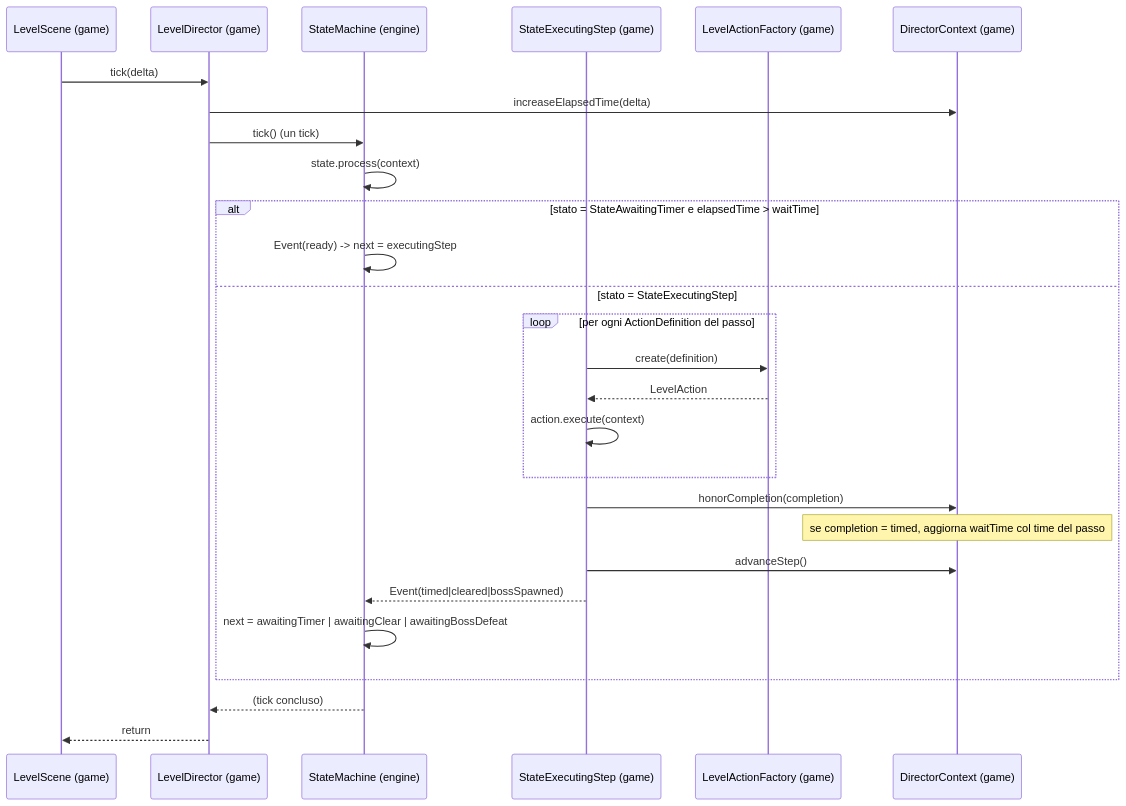
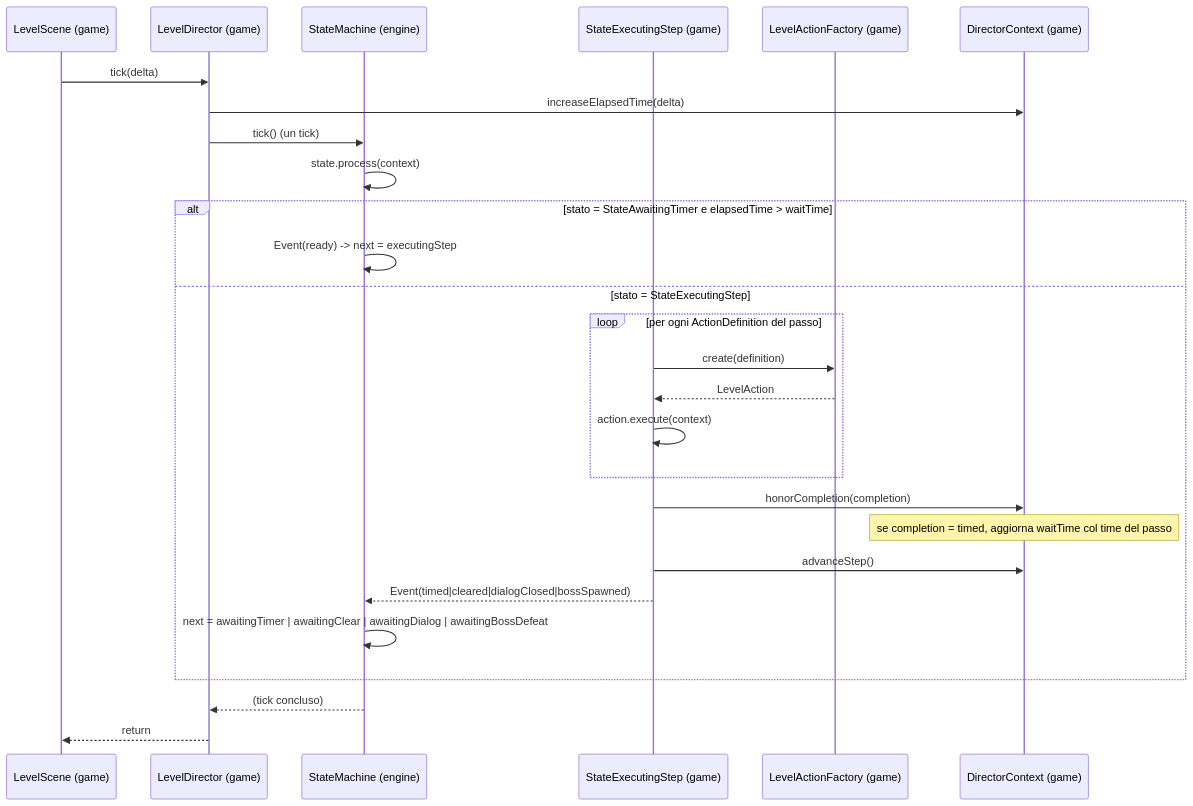
Before and after one commit to alesky78/TigerSupply: the diagram in documentation/subsystems/level-director-sequencing/sequenziamento-step.md, drawn with Mermaid. The commit also changed other lines of this file and 31 other files, not shown here.

````diff
--- a/documentation/subsystems/level-director-sequencing/sequenziamento-step.md
+++ b/documentation/subsystems/level-director-sequencing/sequenziamento-step.md
@@ -131,30 +137,30 @@
 ```mermaid
 sequenceDiagram
     participant LS as LevelScene (game)
     participant LD as LevelDirector (game)
     participant SM as StateMachine (engine)
     participant ST as StateExecutingStep (game)
     participant AF as LevelActionFactory (game)
     participant CTX as DirectorContext (game)
 
     LS->>LD: tick(delta)
     LD->>CTX: increaseElapsedTime(delta)
     LD->>SM: tick()  (un tick)
     SM->>SM: state.process(context)
     alt stato = StateAwaitingTimer e elapsedTime > waitTime
         SM->>SM: Event(ready) -> next = executingStep
     else stato = StateExecutingStep
         loop per ogni ActionDefinition del passo
             ST->>AF: create(definition)
             AF-->>ST: LevelAction
             ST->>ST: action.execute(context)
         end
         ST->>CTX: honorCompletion(completion)
         Note over CTX: se completion = timed, aggiorna waitTime col time del passo
         ST->>CTX: advanceStep()
-        ST-->>SM: Event(timed|cleared|bossSpawned)
-        SM->>SM: next = awaitingTimer | awaitingClear | awaitingBossDefeat
+        ST-->>SM: Event(timed|cleared|dialogClosed|bossSpawned)
+        SM->>SM: next = awaitingTimer | awaitingClear | awaitingDialog | awaitingBossDefeat
     end
     SM-->>LD: (tick concluso)
     LD-->>LS: return
 ```
````
